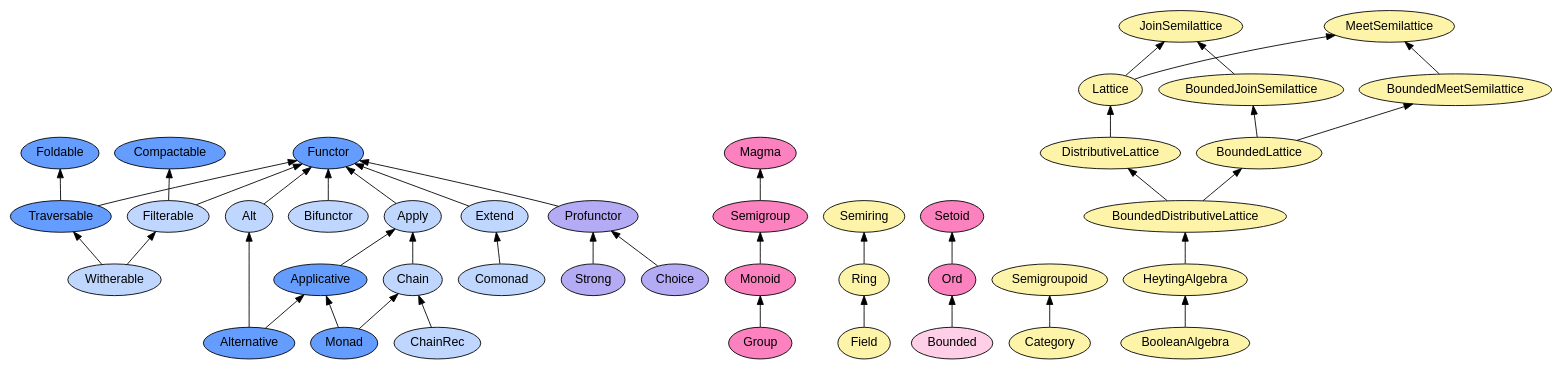
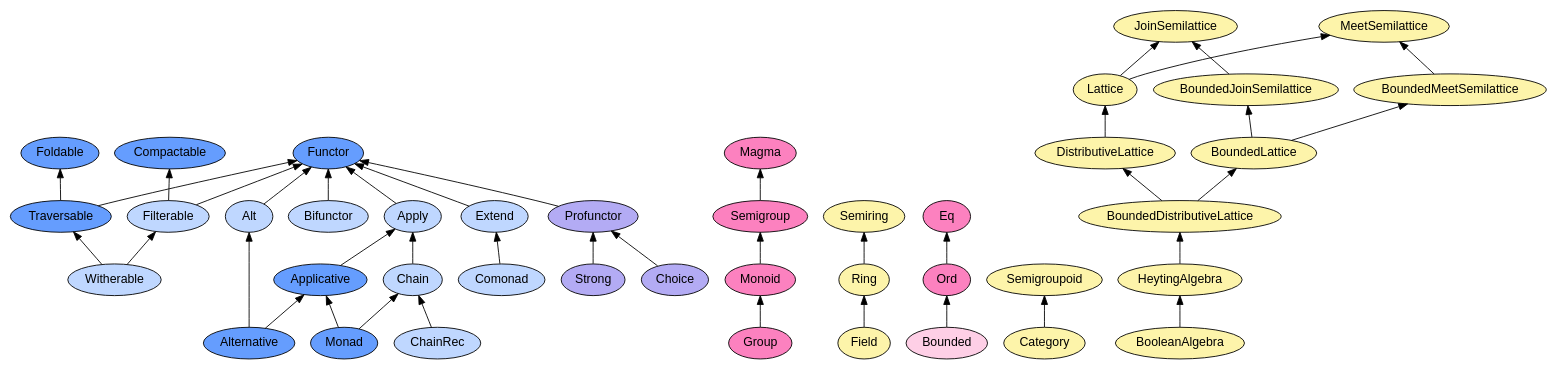
Before and after one commit to gcanti/fp-ts: the diagram in docs/type-classes.dot, drawn with Graphviz. The commit also changed 2 other files, not shown here.

Commit message:
fix a few leftover "Setoid" references

```diff
--- a/docs/type-classes.dot
+++ b/docs/type-classes.dot
@@ -1,100 +1,100 @@
 digraph G {
   rankdir=BT;
   node [fontname="arial"];
 
   node [style=filled,color=black,fillcolor="#B3ABF4"];
   "Choice" [URL="./modules/Choice.ts.html"];
   "Profunctor" [URL="./modules/Profunctor.ts.html"];
   "Strong" [URL="./modules/Strong.ts.html"];
 
   "Strong" -> "Profunctor"
   "Choice" -> "Profunctor"
 
   node [style=filled,color=black,fillcolor="#FC81BF"];
   "Group" [URL="./modules/Group.ts.html"];
   "Magma" [URL="./modules/Magma.ts.html"];
   "Monoid" [URL="./modules/Monoid.ts.html"];
   "Semigroup" [URL="./modules/Semigroup.ts.html"];
 
   "Group" -> "Monoid"
   "Monoid" -> "Semigroup"
   "Semigroup" -> "Magma"
 
   node [style=filled,color=black,fillcolor="#FDF4AA"];
   "Field" [URL="./modules/Field.ts.html"];
   "Ring" [URL="./modules/Ring.ts.html"];
   "Semiring" [URL="./modules/Semiring.ts.html"];
 
   "Field" -> "Ring" -> "Semiring"
 
   node [style=filled,color=black,fillcolor="#FC81BF"];
   "Ord" [URL="./modules/Ord.ts.html"];
-  "Setoid" [URL="./modules/Setoid.ts.html"];
+  "Eq" [URL="./modules/Eq.ts.html"];
 
   node [style=filled,color=black,fillcolor="#FECFE6"];
   "Bounded" [URL="./modules/Bounded.ts.html"];
 
-  "Bounded" -> "Ord" -> "Setoid"
+  "Bounded" -> "Ord" -> "Eq"
 
   node [style=filled,color=black,fillcolor="#FDF4AA"];
   "Category" [URL="./modules/Category.ts.html"];
   "Semigroupoid" [URL="./modules/Semigroupoid.ts.html"];
 
   "Category" -> "Semigroupoid"
 
   node [style=filled,color=black,fillcolor="#659DFE"];
   "Alternative" [URL="./modules/Alternative.ts.html"];
   "Applicative" [URL="./modules/Applicative.ts.html"];
   "Compactable" [URL="./modules/Compactable.ts.html"];
   "Foldable" [URL="./modules/Foldable.ts.html"];
   "Functor" [URL="./modules/Functor.ts.html"];
   "Monad" [URL="./modules/Monad.ts.html"];
   "Traversable" [URL="./modules/Traversable.ts.html"];
 
   node [style=filled,color=black,fillcolor="#BFD7FF"];
   "Alt" [URL="./modules/Alt.ts.html"];
   "Apply" [URL="./modules/Apply.ts.html"];
   "Bifunctor" [URL="./modules/Bifunctor.ts.html"];
   "Chain" [URL="./modules/Chain.ts.html"];
   "ChainRec" [URL="./modules/ChainRec.ts.html"];
   "Comonad" [URL="./modules/Comonad.ts.html"];
   "Compactable" [URL="./modules/Compactable.ts.html"];
   "Extend" [URL="./modules/Extend.ts.html"];
   "Filterable" [URL="./modules/Filterable.ts.html"];
   "Profunctor" [URL="./modules/Profunctor.ts.html"];
   "Witherable" [URL="./modules/Witherable.ts.html"];
 
   "Profunctor" -> "Functor"
   "Alt" -> "Functor"
   "Bifunctor" -> "Functor"
   "Alternative" -> "Applicative"
   "Alternative" -> "Alt"
   "Monad" -> "Applicative" -> "Apply" -> "Functor"
   "Monad" -> "Chain" -> "Apply"
   "ChainRec" -> "Chain"
   "Comonad" -> "Extend" -> "Functor"
   "Traversable" -> "Foldable"
   "Traversable" -> "Functor"
   "Filterable" -> "Functor"
   "Filterable" -> "Compactable"
   "Witherable" -> "Traversable"
   "Witherable" -> "Filterable"
 
   node [style=filled,color=black,fillcolor="#FDF4AA"];
   "BooleanAlgebra" [URL="./modules/BooleanAlgebra.ts.html"];
   "BoundedDistributiveLattice" [URL="./modules/BoundedDistributiveLattice.ts.html"];
   "BoundedJoinSemilattice" [URL="./modules/BoundedJoinSemilattice.ts.html"];
   "BoundedLattice" [URL="./modules/BoundedLattice.ts.html"];
   "BoundedMeetSemilattice" [URL="./modules/BoundedMeetSemilattice.ts.html"];
   "DistributiveLattice" [URL="./modules/DistributiveLattice.ts.html"];
   "HeytingAlgebra" [URL="./modules/HeytingAlgebra.ts.html"];
   "JoinSemilattice" [URL="./modules/JoinSemilattice.ts.html"];
   "Lattice" [URL="./modules/Lattice.ts.html"];
   "MeetSemilattice" [URL="./modules/MeetSemilattice.ts.html"];
 
   "BooleanAlgebra" -> "HeytingAlgebra" -> "BoundedDistributiveLattice" -> "BoundedLattice" -> "BoundedJoinSemilattice"
   "BoundedDistributiveLattice" -> "DistributiveLattice" -> "Lattice" -> "JoinSemilattice"
   "Lattice" -> "MeetSemilattice"
   "BoundedJoinSemilattice" -> "JoinSemilattice"
   "BoundedLattice" -> "BoundedMeetSemilattice" -> "MeetSemilattice"
 }
```
